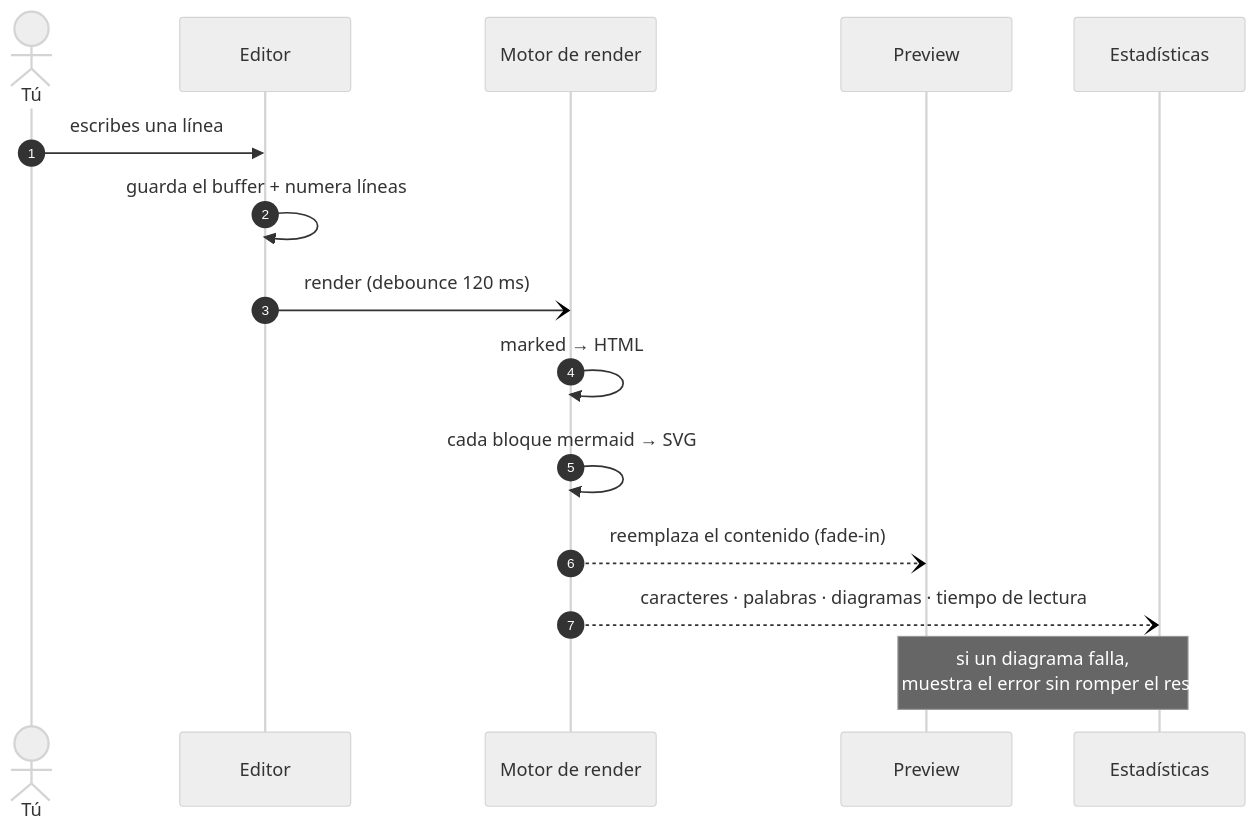
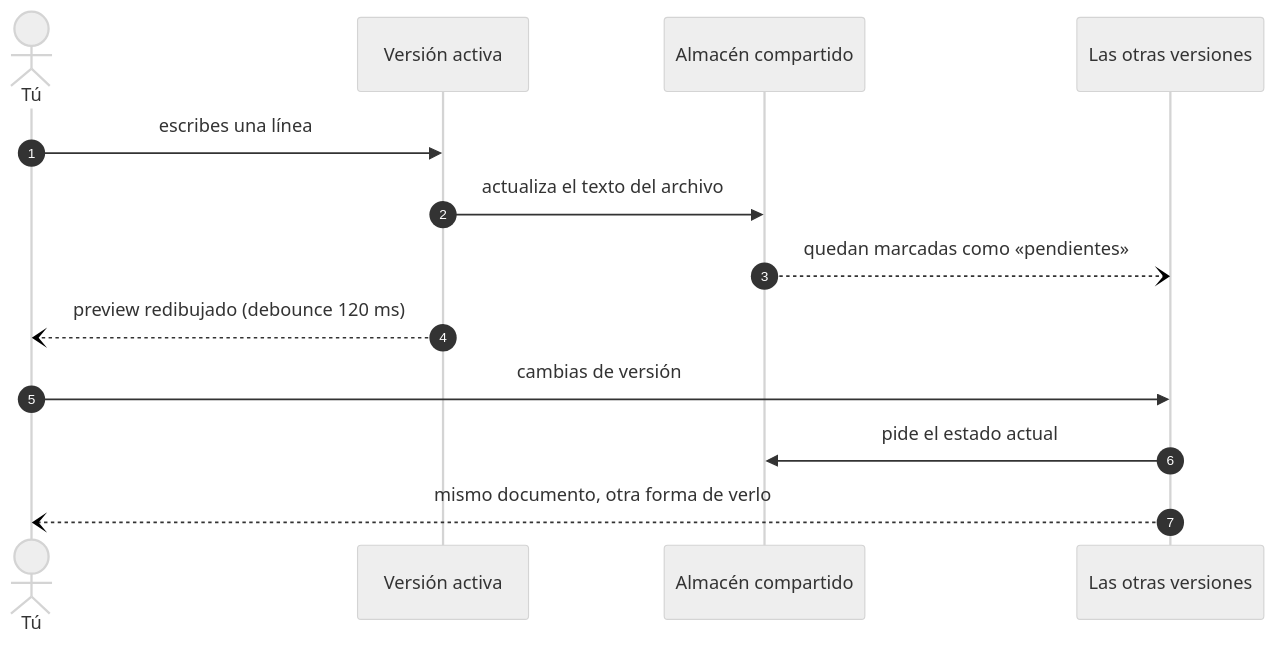
One commit to oprbguitar/vizualizador changed the second of 2 diagrams in README.md. Above: the diagram before and after it, drawn with Mermaid (neutral theme). The commit also changed other lines of this file and 13 other files, not shown here.

````diff
--- a/README.md
+++ b/README.md
@@ -174,18 +150,16 @@
 ```mermaid
 sequenceDiagram
   autonumber
   actor Tú
-  participant E as Editor
-  participant R as Motor de render
-  participant P as Preview
-  participant S as Estadísticas
+  participant V as Versión activa
+  participant S as Almacén compartido
+  participant O as Las otras versiones
 
-  Tú->>E: escribes una línea
-  E->>E: guarda el buffer + numera líneas
-  E-)R: render (debounce 120 ms)
-  R->>R: marked → HTML
-  R->>R: cada bloque mermaid → SVG
-  R--)P: reemplaza el contenido (fade-in)
-  R--)S: caracteres · palabras · diagramas · tiempo de lectura
-  Note over P,S: si un diagrama falla,<br/>se muestra el error sin romper el resto
+  Tú->>V: escribes una línea
+  V->>S: actualiza el texto del archivo
+  S--)O: quedan marcadas como «pendientes»
+  V--)Tú: preview redibujado (debounce 120 ms)
+  Tú->>O: cambias de versión
+  O->>S: pide el estado actual
+  O--)Tú: mismo documento, otra forma de verlo
 ```
````
